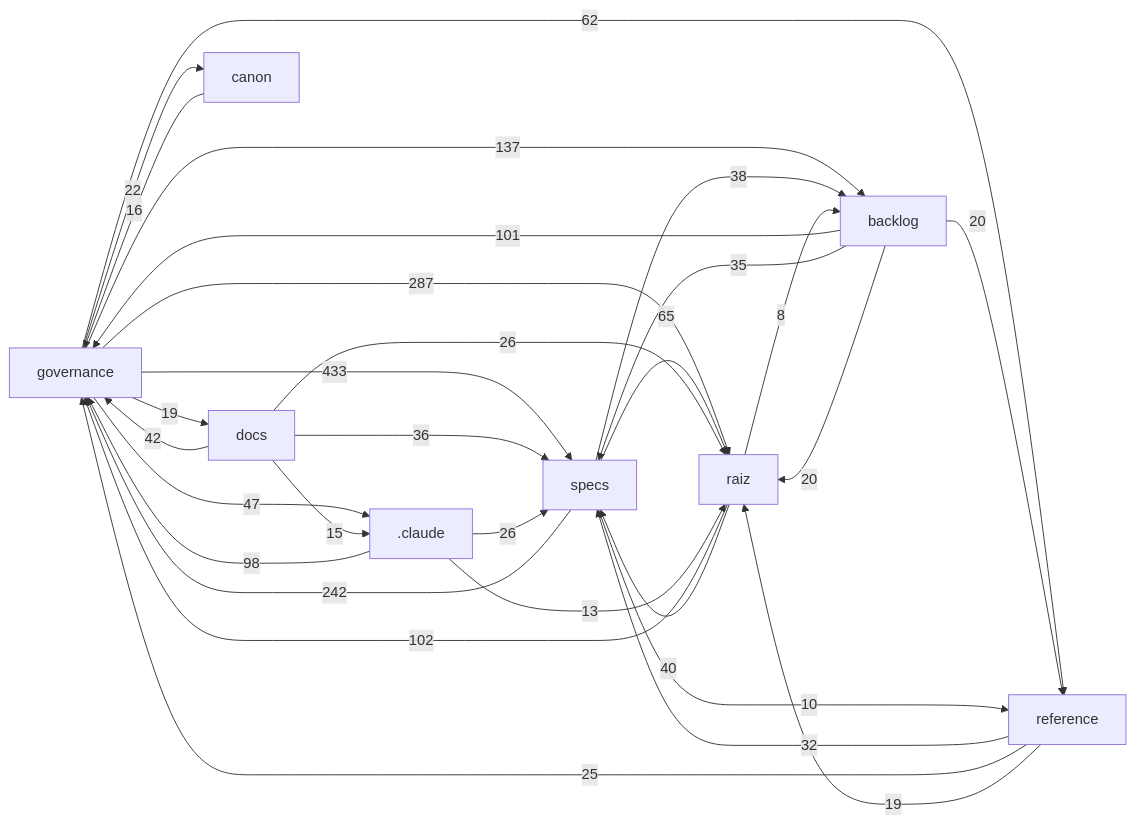
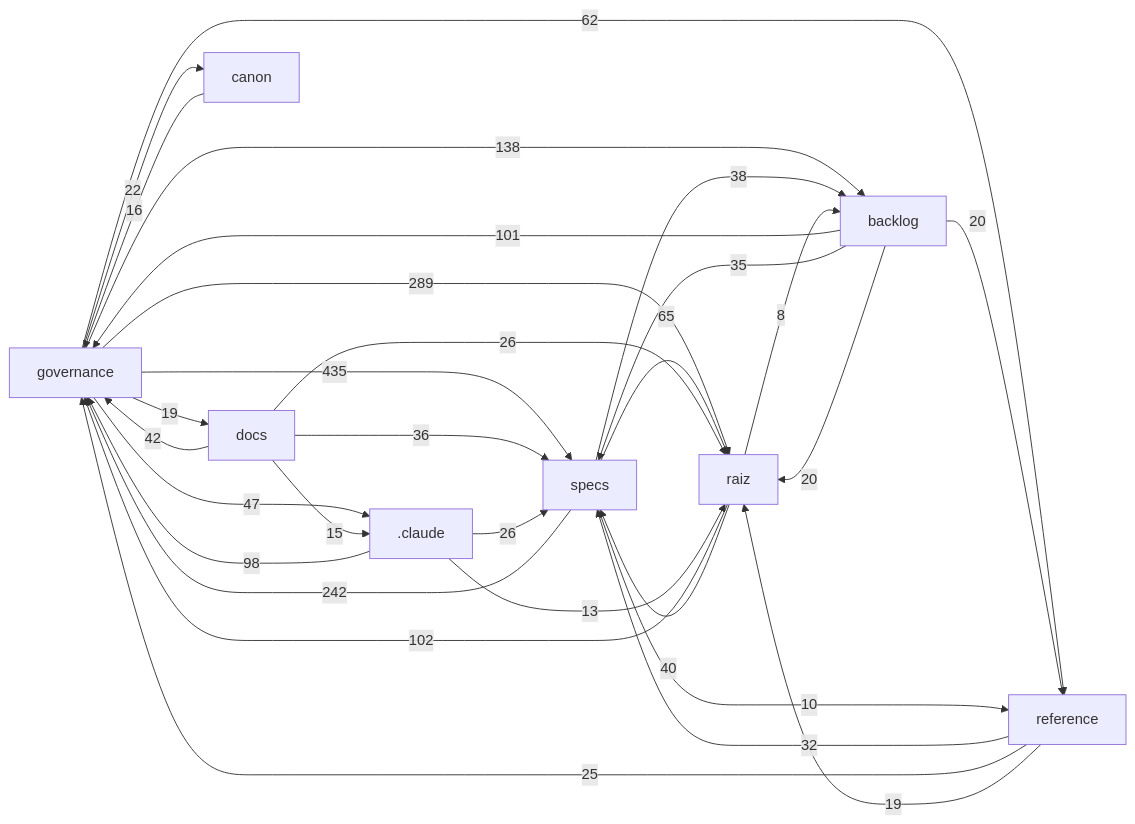
Before and after one commit to Andraus35/Sistema-Operacional-de-Trading--SOT: the diagram in docs/mapa/MAPA-PROJETO.md, drawn with Mermaid. The commit also changed other lines of this file and 7 other files, not shown here.

````diff
--- a/docs/mapa/MAPA-PROJETO.md
+++ b/docs/mapa/MAPA-PROJETO.md
@@ -29,32 +29,32 @@
 ```mermaid
 flowchart LR
-  governance["governance"] -->|433| specs["specs"]
-  governance["governance"] -->|287| raiz["raiz"]
+  governance["governance"] -->|435| specs["specs"]
+  governance["governance"] -->|289| raiz["raiz"]
   specs["specs"] -->|242| governance["governance"]
-  governance["governance"] -->|137| backlog["backlog"]
+  governance["governance"] -->|138| backlog["backlog"]
   raiz["raiz"] -->|102| governance["governance"]
   backlog["backlog"] -->|101| governance["governance"]
   _claude[".claude"] -->|98| governance["governance"]
   specs["specs"] -->|65| raiz["raiz"]
   governance["governance"] -->|62| reference["reference"]
   governance["governance"] -->|47| _claude[".claude"]
   docs["docs"] -->|42| governance["governance"]
   raiz["raiz"] -->|40| specs["specs"]
   specs["specs"] -->|38| backlog["backlog"]
   docs["docs"] -->|36| specs["specs"]
   backlog["backlog"] -->|35| specs["specs"]
   reference["reference"] -->|32| specs["specs"]
   _claude[".claude"] -->|26| specs["specs"]
   docs["docs"] -->|26| raiz["raiz"]
   reference["reference"] -->|25| governance["governance"]
   governance["governance"] -->|22| canon["canon"]
   backlog["backlog"] -->|20| raiz["raiz"]
   backlog["backlog"] -->|20| reference["reference"]
   governance["governance"] -->|19| docs["docs"]
   reference["reference"] -->|19| raiz["raiz"]
   canon["canon"] -->|16| governance["governance"]
   docs["docs"] -->|15| _claude[".claude"]
   _claude[".claude"] -->|13| raiz["raiz"]
   specs["specs"] -->|10| reference["reference"]
   raiz["raiz"] -->|8| backlog["backlog"]
 ```
````
